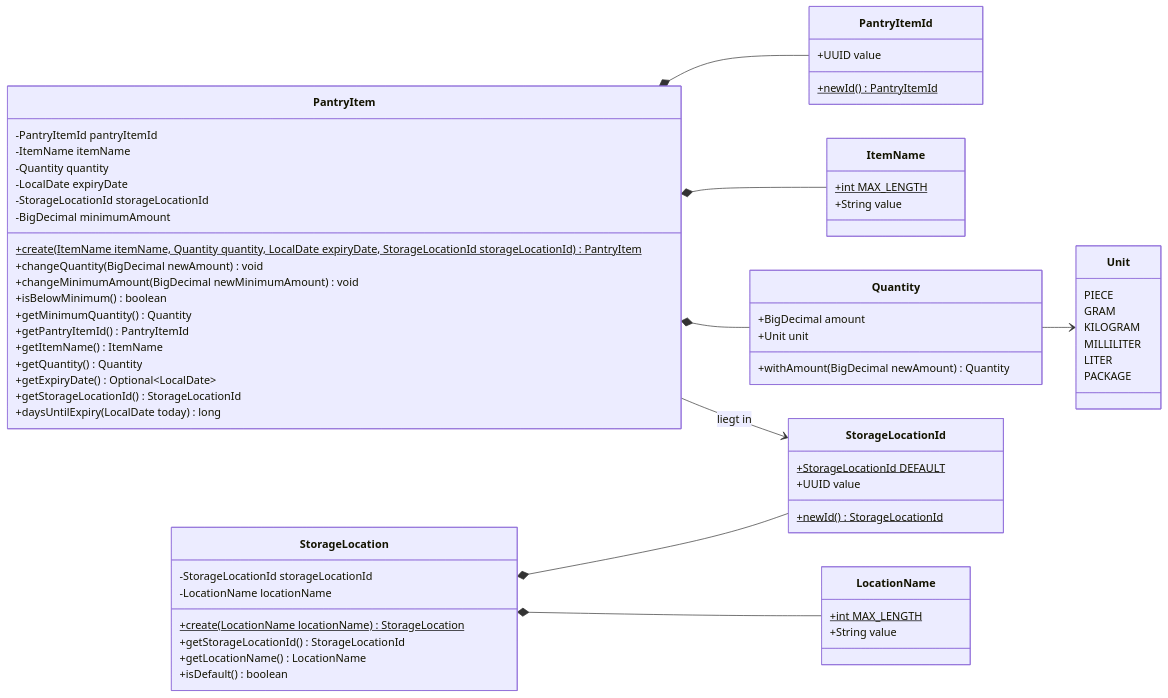
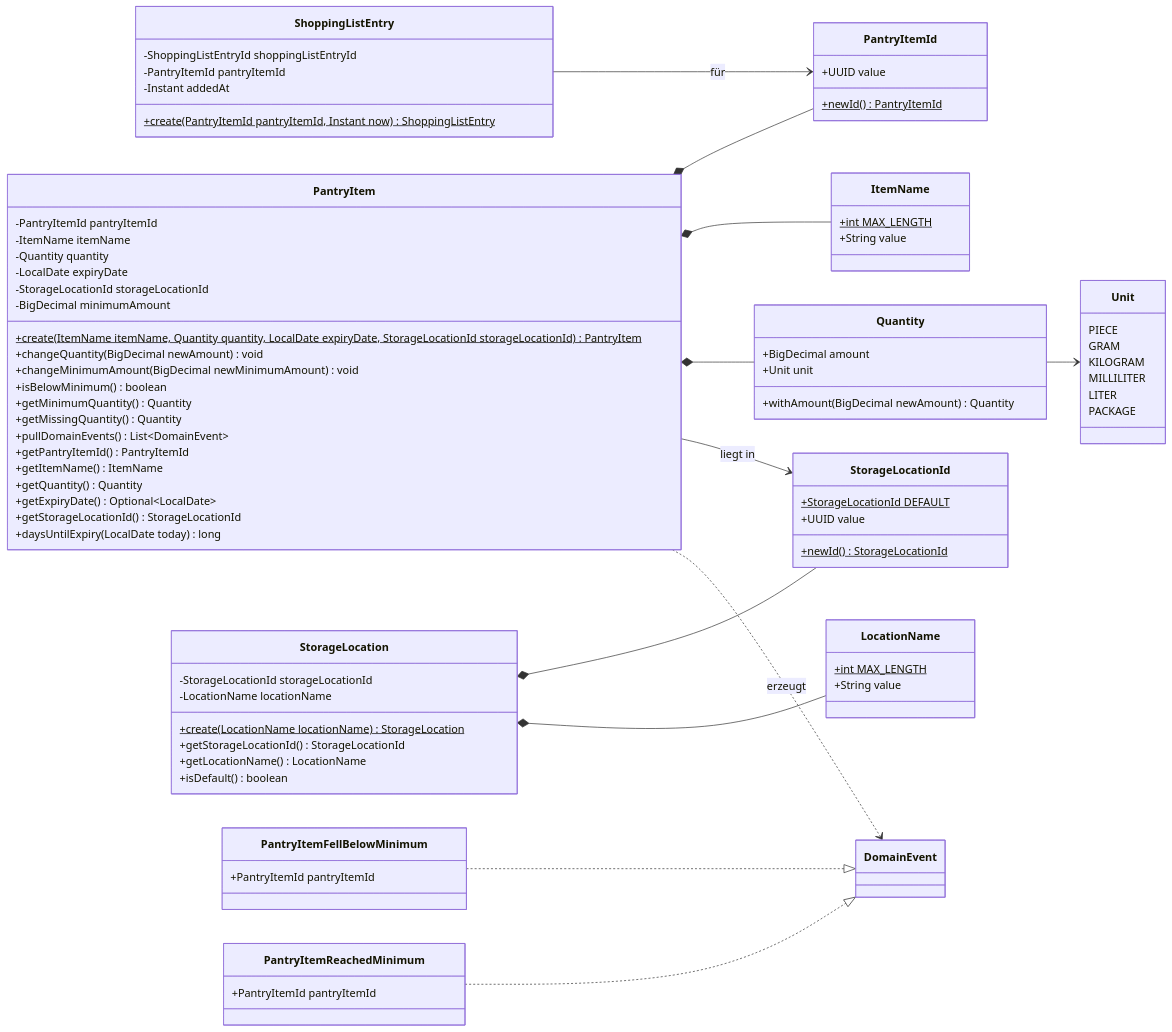
Before and after one commit to max-ziel/StorageKeeper: the first of 5 diagrams in docs/DOMAIN_MODEL.md, drawn with Mermaid. The commit also changed other lines of this file and 31 other files, not shown here.

First line of the commit message:
M4 (1/2): Keep a shopping list in sync with the minimum stock

````diff
--- a/docs/DOMAIN_MODEL.md
+++ b/docs/DOMAIN_MODEL.md
@@ -34,6 +34,8 @@
         +changeMinimumAmount(BigDecimal newMinimumAmount) void
         +isBelowMinimum() boolean
         +getMinimumQuantity() Quantity
+        +getMissingQuantity() Quantity
+        +pullDomainEvents() List~DomainEvent~
         +getPantryItemId() PantryItemId
         +getItemName() ItemName
         +getQuantity() Quantity
@@ -94,4 +96,26 @@
     PantryItem --> StorageLocationId : liegt in
     StorageLocation *-- StorageLocationId
     StorageLocation *-- LocationName
+
+    class ShoppingListEntry {
+        -ShoppingListEntryId shoppingListEntryId
+        -PantryItemId pantryItemId
+        -Instant addedAt
+        +create(PantryItemId pantryItemId, Instant now)$ ShoppingListEntry
+    }
+
+    class DomainEvent
+
+    class PantryItemFellBelowMinimum {
+        +PantryItemId pantryItemId
+    }
+
+    class PantryItemReachedMinimum {
+        +PantryItemId pantryItemId
+    }
+
+    ShoppingListEntry --> PantryItemId : für
+    PantryItemFellBelowMinimum ..|> DomainEvent
+    PantryItemReachedMinimum ..|> DomainEvent
+    PantryItem ..> DomainEvent : erzeugt
 ```
````
